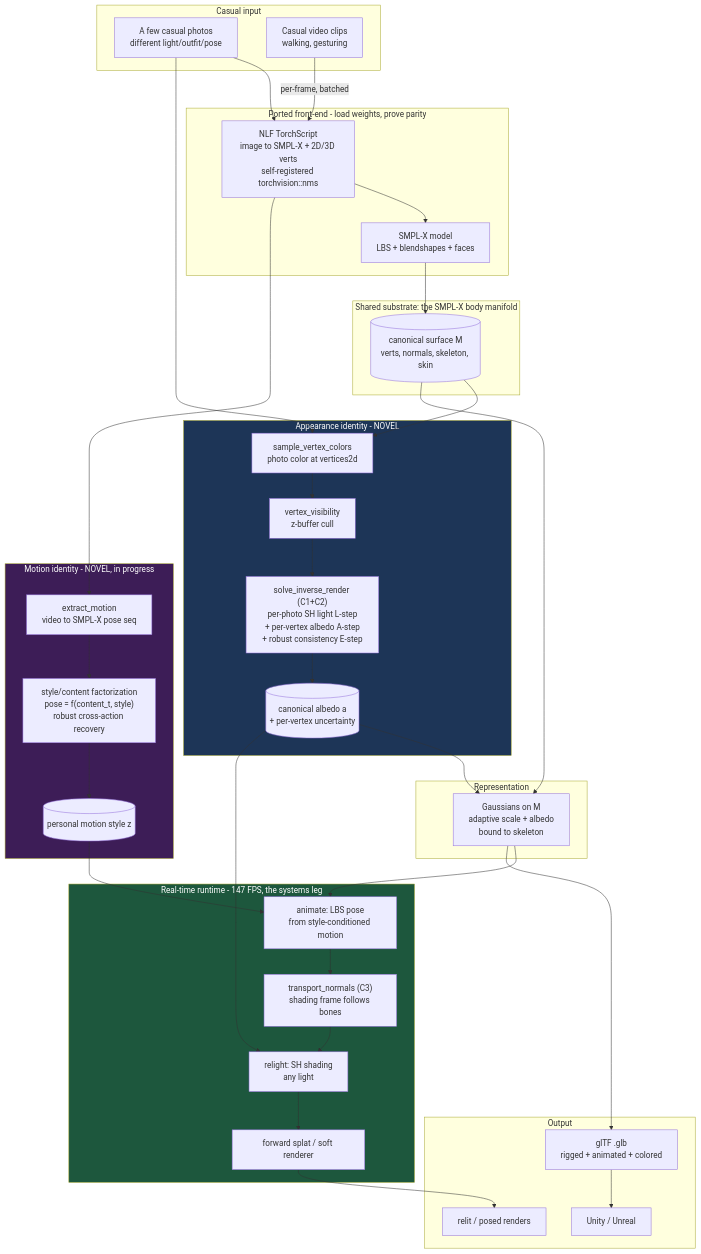
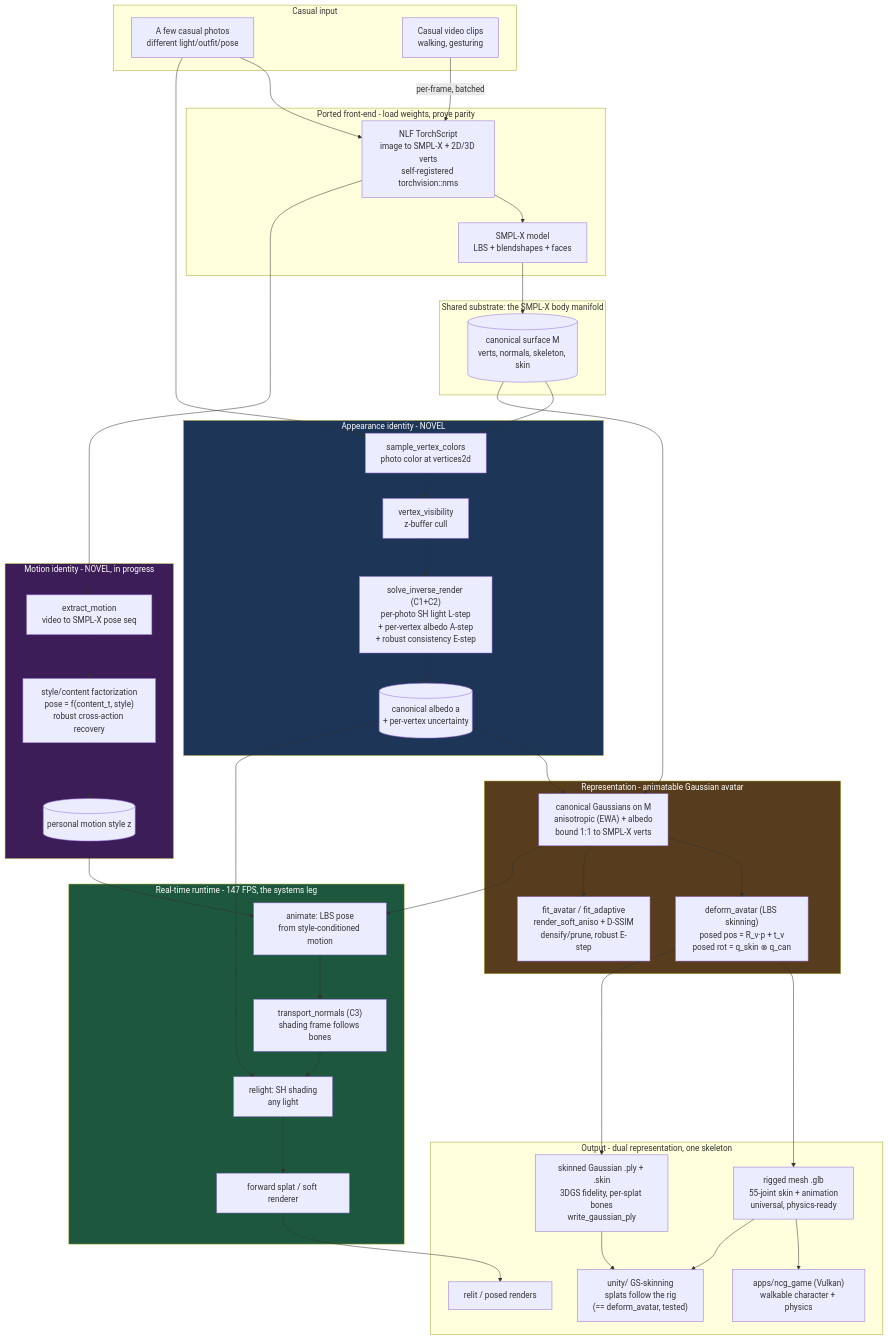
Before and after one commit to satrajitghosh183/NeuralCharacterGeneration: the diagram in docs/architecture.md, drawn with Mermaid. The commit also changed other lines of this file and 1 other file, not shown here.

Commit message:
docs: update architecture diagram (splat avatar + dual export + game/unity + C5) and add method.md §14 (identity-from-incoherent factorization — accurate math + novelty vs prior art)

````diff
--- a/docs/architecture.md
+++ b/docs/architecture.md
@@ -11,67 +11,78 @@
 ```mermaid
 flowchart TD
     subgraph IN[Casual input]
       P[A few casual photos<br/>different light/outfit/pose]
       V[Casual video clips<br/>walking, gesturing]
     end
 
     subgraph FE[Ported front-end - load weights, prove parity]
       NLF[NLF TorchScript<br/>image to SMPL-X + 2D/3D verts<br/>self-registered torchvision::nms]
       SMPLX[SMPL-X model<br/>LBS + blendshapes + faces]
     end
     P --> NLF
     V -->|per-frame, batched| NLF
     NLF --> SMPLX
 
     subgraph MAN[Shared substrate: the SMPL-X body manifold]
       M[(canonical surface M<br/>verts, normals, skeleton, skin)]
     end
     SMPLX --> M
 
     subgraph APP[Appearance identity - NOVEL]
       SC[sample_vertex_colors<br/>photo color at vertices2d]
       VIS[vertex_visibility<br/>z-buffer cull]
       IR["solve_inverse_render (C1+C2)<br/>per-photo SH light L-step<br/>+ per-vertex albedo A-step<br/>+ robust consistency E-step"]
       AB[(canonical albedo a<br/>+ per-vertex uncertainty)]
       SC --> VIS --> IR --> AB
     end
     M --> SC
     P --> SC
 
     subgraph MOT[Motion identity - NOVEL, in progress]
       EX[extract_motion<br/>video to SMPL-X pose seq]
       SF["style/content factorization<br/>pose = f(content_t, style)<br/>robust cross-action recovery"]
       ST[(personal motion style z)]
       EX --> SF --> ST
     end
     NLF --> EX
 
-    subgraph REP[Representation]
-      G[Gaussians on M<br/>adaptive scale + albedo<br/>bound to skeleton]
+    subgraph REP[Representation - animatable Gaussian avatar]
+      G["canonical Gaussians on M<br/>anisotropic (EWA) + albedo<br/>bound 1:1 to SMPL-X verts"]
+      DEF["deform_avatar (LBS skinning)<br/>posed pos = R_v·p + t_v<br/>posed rot = q_skin ⊗ q_can"]
+      FITA["fit_avatar / fit_adaptive<br/>render_soft_aniso + D-SSIM<br/>densify/prune, robust E-step"]
+      G --> DEF
+      G --> FITA
     end
     AB --> G
     M --> G
 
     subgraph RT[Real-time runtime - 147 FPS, the systems leg]
       AN[animate: LBS pose<br/>from style-conditioned motion]
       TR["transport_normals (C3)<br/>shading frame follows bones"]
       RL[relight: SH shading<br/>any light]
       SP[forward splat / soft renderer]
       AN --> TR --> RL --> SP
     end
     G --> AN
     ST --> AN
     AB --> RL
 
-    subgraph OUT[Output]
-      GLB[glTF .glb<br/>rigged + animated + colored]
-      ENG[Unity / Unreal]
+    subgraph OUT[Output - dual representation, one skeleton]
+      GLB["rigged mesh .glb<br/>55-joint skin + animation<br/>universal, physics-ready"]
+      PLY["skinned Gaussian .ply + .skin<br/>3DGS fidelity, per-splat bones<br/>write_gaussian_ply"]
+      GAME["apps/ncg_game (Vulkan)<br/>walkable character + physics"]
+      UNITY["unity/ GS-skinning<br/>splats follow the rig<br/>(== deform_avatar, tested)"]
       IMG[relit / posed renders]
     end
     SP --> IMG
-    G --> GLB --> ENG
+    DEF --> GLB
+    DEF --> PLY
+    GLB --> GAME
+    GLB --> UNITY
+    PLY --> UNITY
 
     style APP fill:#1d3557,color:#fff
     style MOT fill:#3d1d57,color:#fff
     style RT fill:#1d573d,color:#fff
+    style REP fill:#573d1d,color:#fff
 ```
````
